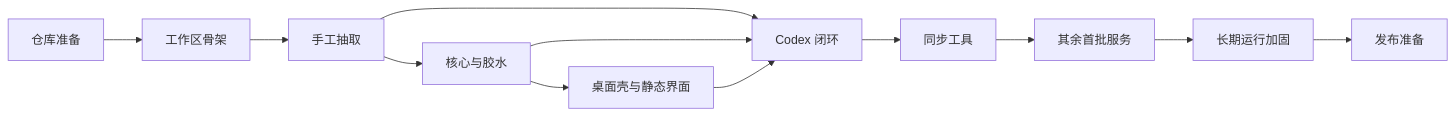
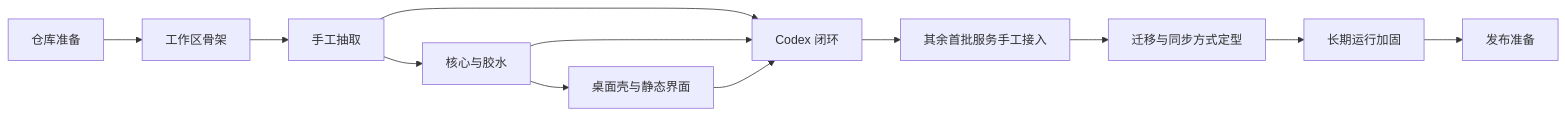
One commit to SwingCosmic/astra-conductor changed the diagram in docs/polyquota/plan.md. Above: the diagram before and after it, drawn with Mermaid. The commit also changed other lines of this file and 49 other files, not shown here.

````diff
--- a/docs/polyquota/plan.md
+++ b/docs/polyquota/plan.md
@@ -374,14 +376,14 @@
 ```mermaid
 flowchart LR
   P0[仓库准备] --> P1[工作区骨架]
   P1 --> P2[手工抽取]
   P2 --> P3[核心与胶水]
   P3 --> P4[桌面壳与静态界面]
   P2 --> P5[Codex 闭环]
   P3 --> P5
   P4 --> P5
-  P5 --> P6[同步工具]
-  P6 --> P7[其余首批服务]
-  P7 --> P8[长期运行加固]
+  P5 --> P7[其余首批服务手工接入]
+  P7 --> P6[迁移与同步方式定型]
+  P6 --> P8[长期运行加固]
   P8 --> P9[发布准备]
 ```
````
